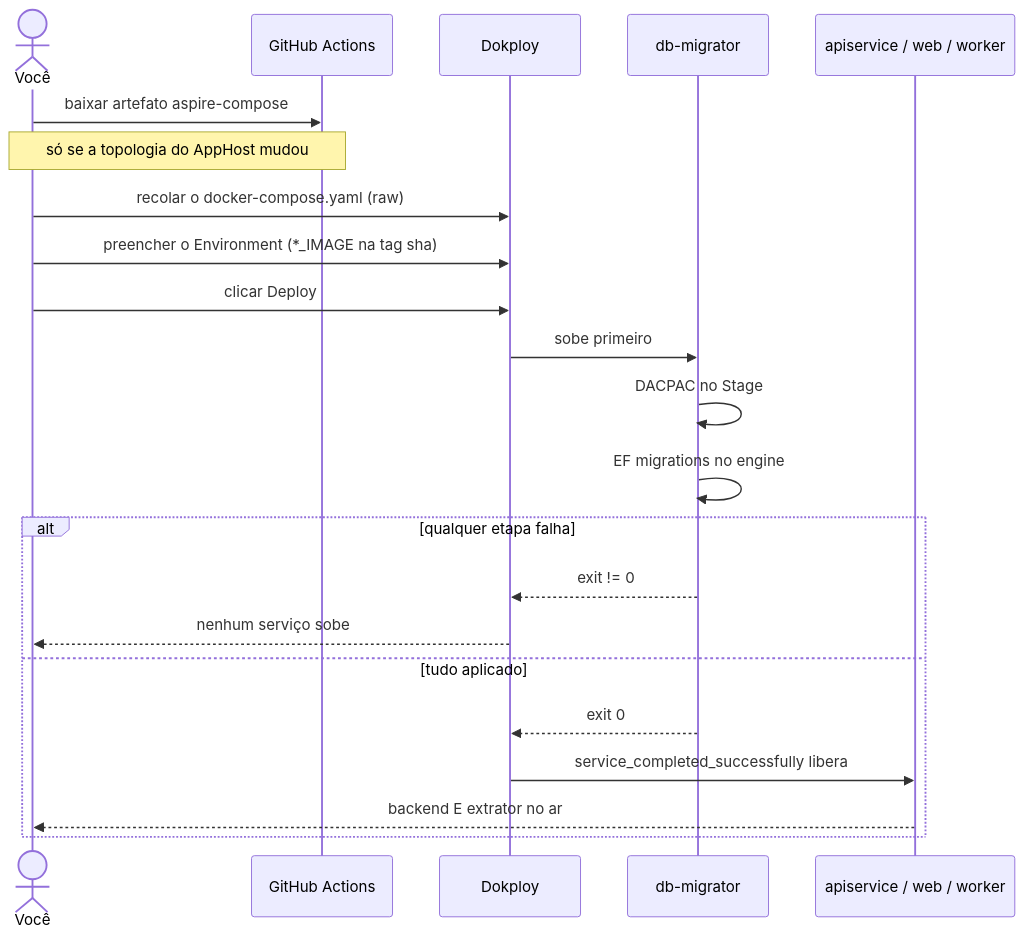
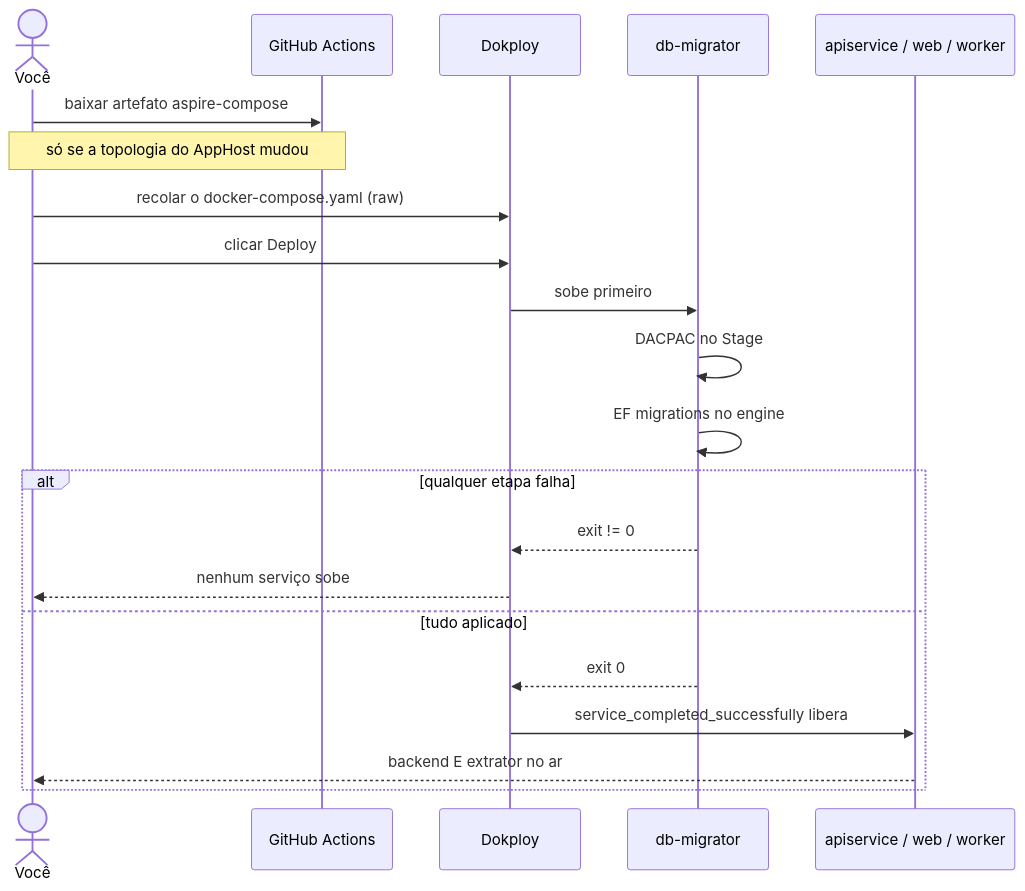
One commit to procfit/MLDemandForcastPOC changed the eighth of 11 diagrams in Docs/fluxo-de-entrega.md. Above: the diagram before and after it, drawn with Mermaid. The commit also changed other lines of this file and 1 other file, not shown here.

First line of the commit message:
docs: production follows the moving tag, not the immutable one

````diff
--- a/Docs/fluxo-de-entrega.md
+++ b/Docs/fluxo-de-entrega.md
@@ -232,25 +232,24 @@
 ```mermaid
 sequenceDiagram
     actor Você
     participant GH as GitHub Actions
     participant DK as Dokploy
     participant MIG as db-migrator
     participant SVC as apiservice / web / worker
 
     Você->>GH: baixar artefato aspire-compose
     Note over Você,GH: só se a topologia do AppHost mudou
     Você->>DK: recolar o docker-compose.yaml (raw)
-    Você->>DK: preencher o Environment (*_IMAGE na tag sha)
     Você->>DK: clicar Deploy
     DK->>MIG: sobe primeiro
     MIG->>MIG: DACPAC no Stage
     MIG->>MIG: EF migrations no engine
     alt qualquer etapa falha
         MIG-->>DK: exit != 0
         DK-->>Você: nenhum serviço sobe
     else tudo aplicado
         MIG-->>DK: exit 0
         DK->>SVC: service_completed_successfully libera
         SVC-->>Você: backend E extrator no ar
     end
 ```
````
